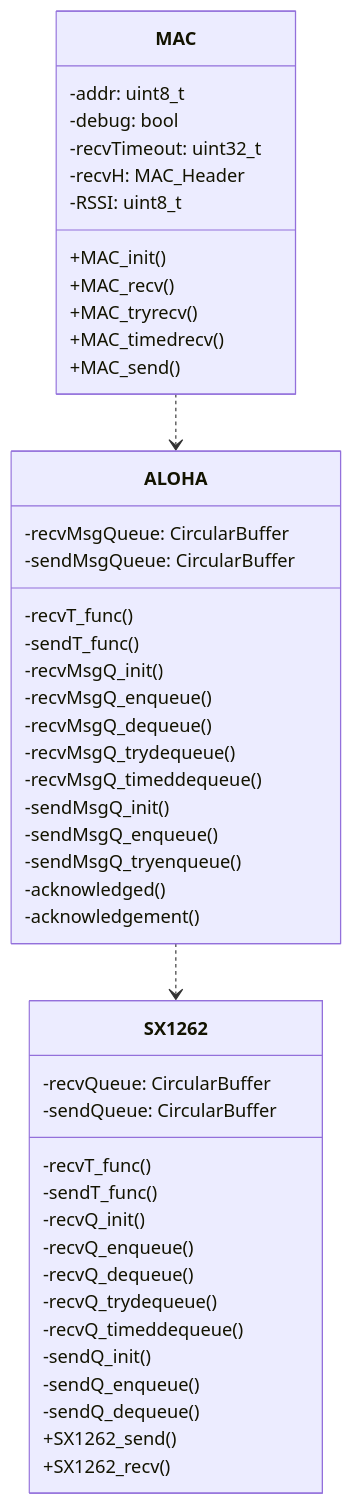
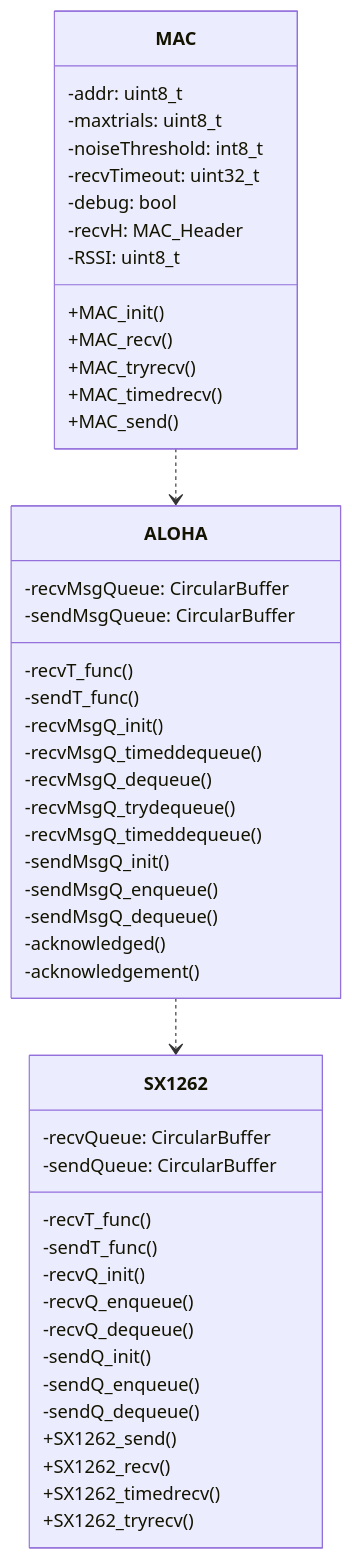
Before and after one commit to arjunvprakash/wsn-testbed: the third of 6 diagrams in README.md, drawn with Mermaid. The commit also changed other lines of this file, not shown here.

````diff
--- a/README.md
+++ b/README.md
@@ -28,53 +89,56 @@
 ```mermaid
 classDiagram
     class MAC {
         -addr: uint8_t
+        -maxtrials: uint8_t
+        -noiseThreshold: int8_t
+        -recvTimeout: uint32_t
         -debug: bool
-        -recvTimeout: uint32_t
         -recvH: MAC_Header
         -RSSI: uint8_t
         +MAC_init()
         +MAC_recv()
         +MAC_tryrecv()
         +MAC_timedrecv()
         +MAC_send()
     }
 
     class ALOHA {
         -recvMsgQueue: CircularBuffer<recvMessage>
         -sendMsgQueue: CircularBuffer<sendMessage>
         -recvT_func()
         -sendT_func()
         -recvMsgQ_init()
-        -recvMsgQ_enqueue()
+        -recvMsgQ_timeddequeue()
         -recvMsgQ_dequeue()
         -recvMsgQ_trydequeue()
         -recvMsgQ_timeddequeue()
         -sendMsgQ_init()
         -sendMsgQ_enqueue()
-        -sendMsgQ_tryenqueue()
+        -sendMsgQ_dequeue()
         -acknowledged()
         -acknowledgement()
     }
 
     class SX1262 {
         -recvQueue: CircularBuffer<uint8_t>
         -sendQueue: CircularBuffer<Bytes>
         -recvT_func()
         -sendT_func()
         -recvQ_init()
         -recvQ_enqueue()
         -recvQ_dequeue()
-        -recvQ_trydequeue()
-        -recvQ_timeddequeue()
         -sendQ_init()
         -sendQ_enqueue()
         -sendQ_dequeue()
         +SX1262_send()
         +SX1262_recv()
+        +SX1262_timedrecv()
+        +SX1262_tryrecv()
     }
 
     MAC ..> ALOHA
     ALOHA ..> SX1262
 
+
 ```
````
